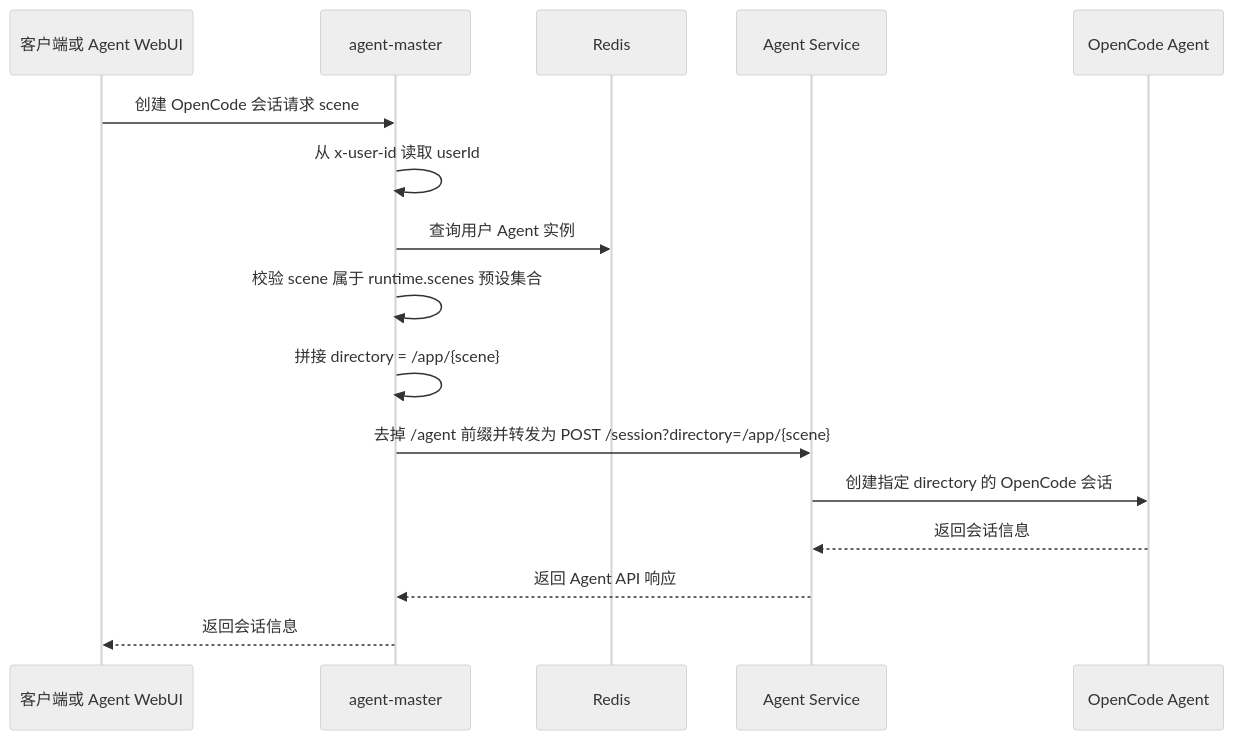
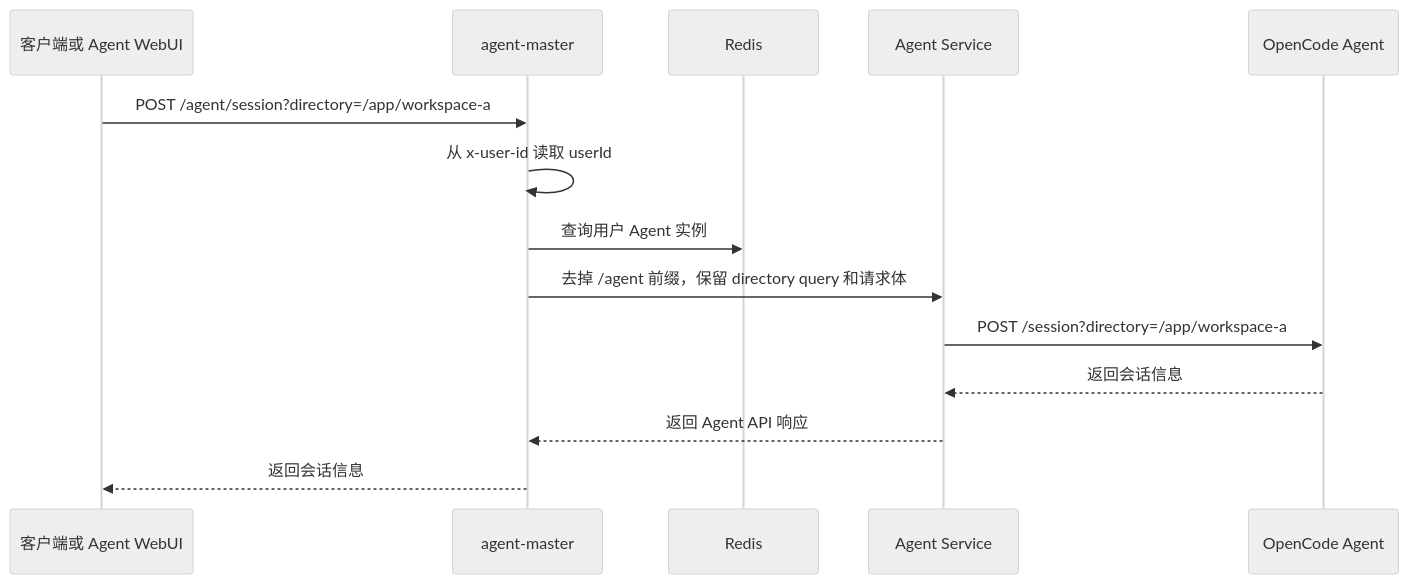
Before and after one commit to ArchAIHarness/agent-master: the fifth of 7 diagrams in README.md, drawn with Mermaid (neutral theme). The commit also changed other lines of this file and 20 other files, not shown here.

````diff
--- a/README.md
+++ b/README.md
@@ -209,19 +209,17 @@
 ```mermaid
 sequenceDiagram
     participant C as 客户端或 Agent WebUI
     participant A as agent-master
     participant R as Redis
     participant S as Agent Service
     participant O as OpenCode Agent
 
-    C->>A: 创建 OpenCode 会话请求 scene
+    C->>A: POST /agent/session?directory=/app/workspace-a
     A->>A: 从 x-user-id 读取 userId
     A->>R: 查询用户 Agent 实例
-    A->>A: 校验 scene 属于 runtime.scenes 预设集合
-    A->>A: 拼接 directory = /app/{scene}
-    A->>S: 去掉 /agent 前缀并转发为 POST /session?directory=/app/{scene}
-    S->>O: 创建指定 directory 的 OpenCode 会话
+    A->>S: 去掉 /agent 前缀，保留 directory query 和请求体
+    S->>O: POST /session?directory=/app/workspace-a
     O-->>S: 返回会话信息
     S-->>A: 返回 Agent API 响应
     A-->>C: 返回会话信息
 ```
````
